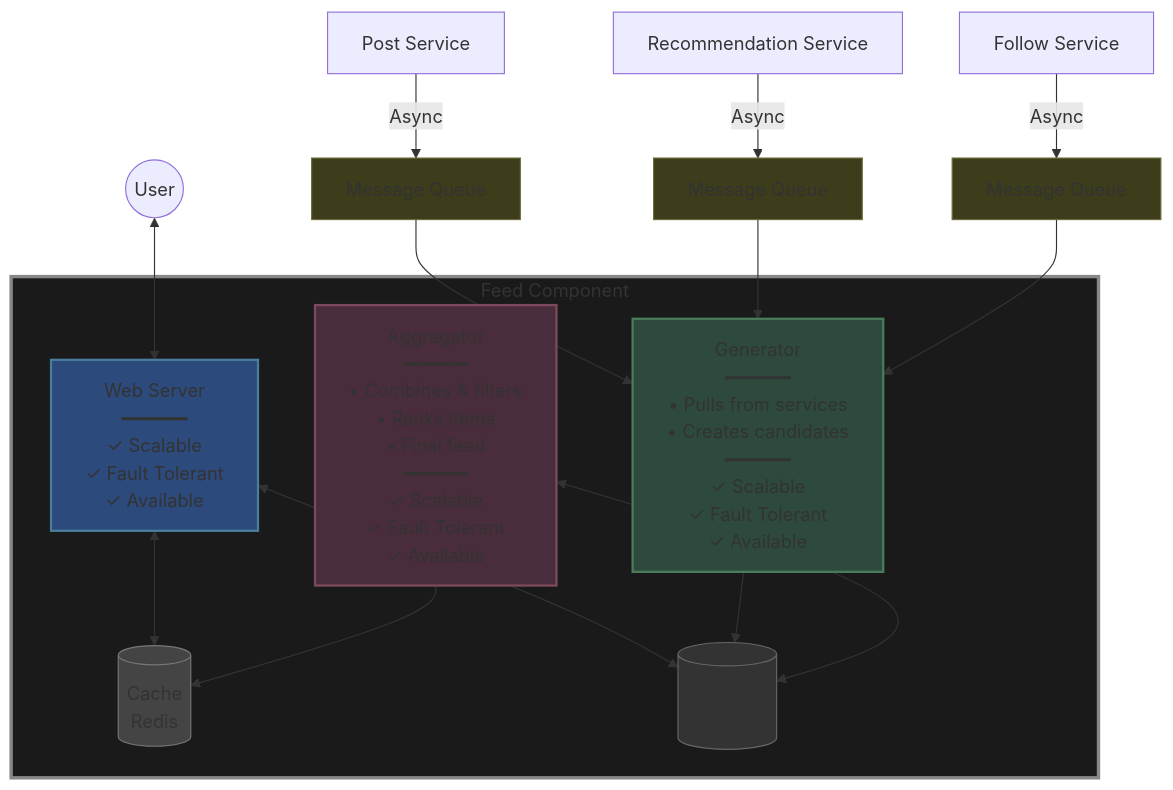
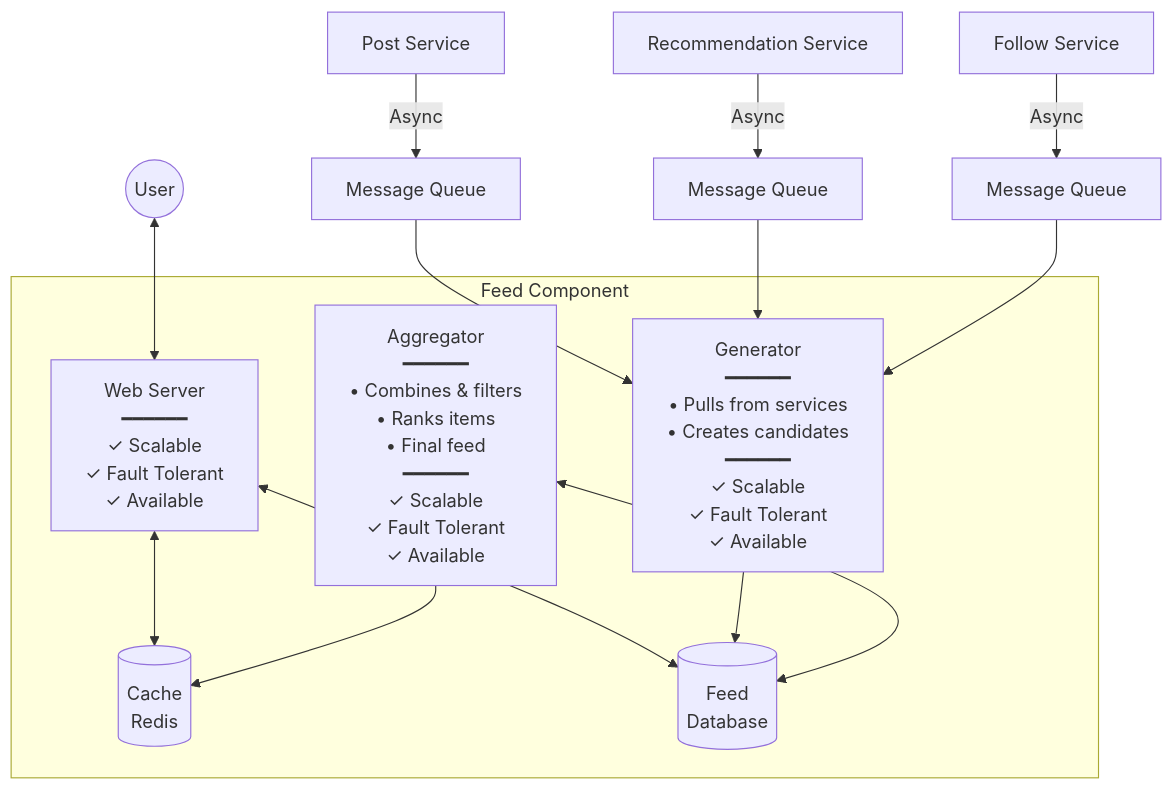
Before and after one commit to Yash-Kavaiya/The-System-Design-Masterclass: the third of 3 diagrams in system design beginner/4. How do you evaluate that you have built a good system.md, drawn with Mermaid. The commit also changed other lines of this file, not shown here.

Commit message:
Remove style definitions from system design diagram
Removed style definitions for various components in the system design diagram.

````diff
--- a/system design beginner/4. How do you evaluate that you have built a good system.md
+++ b/system design beginner/4. How do you evaluate that you have built a good system.md
@@ -155,35 +148,26 @@
 ```mermaid
 graph TB
     User((User)) <--> WS[Web Server<br/>━━━━━━<br/>✓ Scalable<br/>✓ Fault Tolerant<br/>✓ Available]
     
     subgraph FeedComponent["Feed Component"]
         WS <--> Cache[(Cache<br/>Redis)]
         WS <--> DB[(Feed<br/>Database)]
         
         GEN[Generator<br/>━━━━━━<br/>• Pulls from services<br/>• Creates candidates<br/>━━━━━━<br/>✓ Scalable<br/>✓ Fault Tolerant<br/>✓ Available]
         
         AGG[Aggregator<br/>━━━━━━<br/>• Combines & filters<br/>• Ranks items<br/>• Final feed<br/>━━━━━━<br/>✓ Scalable<br/>✓ Fault Tolerant<br/>✓ Available]
         
         GEN --> DB
         AGG <--> DB
         AGG --> Cache
     end
     
     PS[Post Service] -->|Async| MQ1[Message Queue]
     RS[Recommendation Service] -->|Async| MQ2[Message Queue]
     FS[Follow Service] -->|Async| MQ3[Message Queue]
     
     MQ1 --> GEN
     MQ2 --> GEN
     MQ3 --> GEN
     
-    style FeedComponent fill:#1a1a1a,stroke:#888,stroke-width:3px
-    style WS fill:#2d4a7c,stroke:#4a7c9c,stroke-width:2px
-    style GEN fill:#2d4a3c,stroke:#4a7c5c,stroke-width:2px
-    style AGG fill:#4a2d3c,stroke:#7c4a5c,stroke-width:2px
-    style DB fill:#333,stroke:#666
-    style Cache fill:#444,stroke:#777
-    style MQ1 fill:#3d3d1c,stroke:#6d6d3c
-    style MQ2 fill:#3d3d1c,stroke:#6d6d3c
-    style MQ3 fill:#3d3d1c,stroke:#6d6d3c
 ```
````
